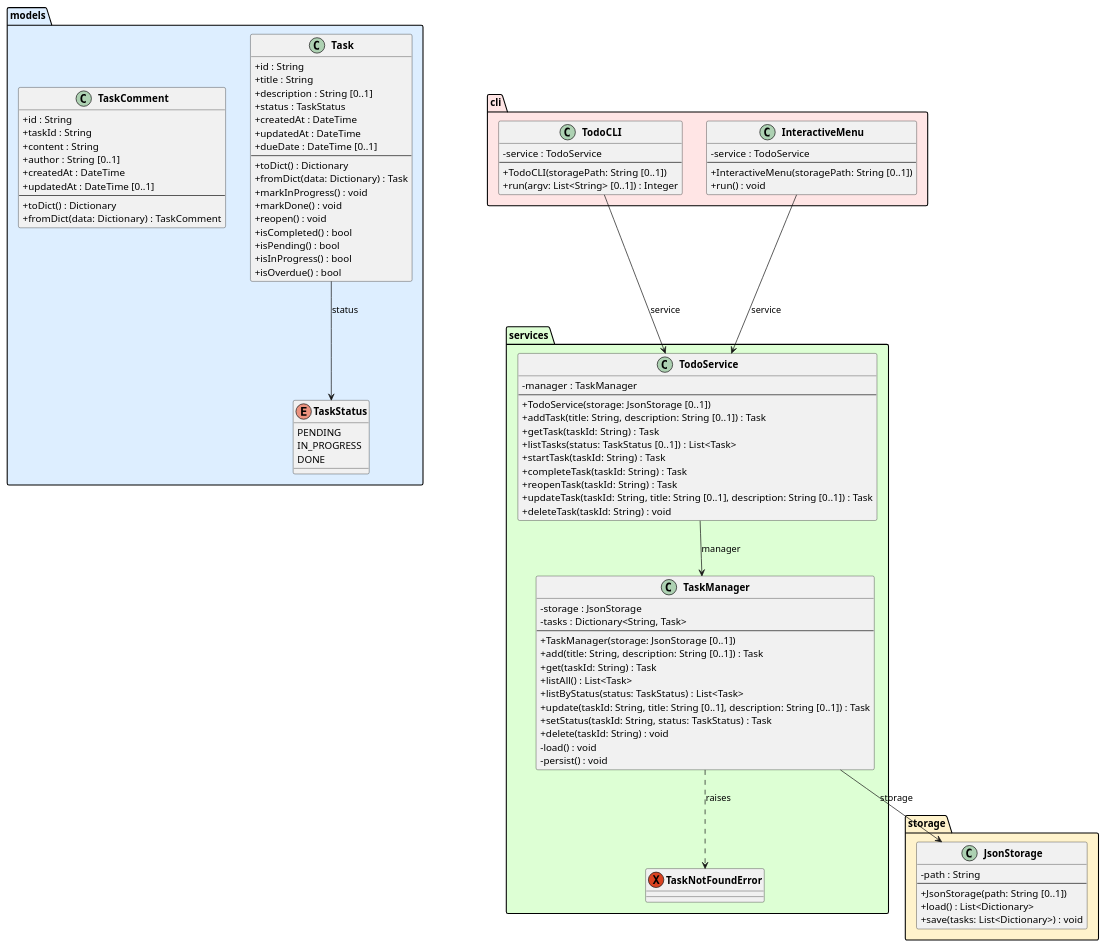
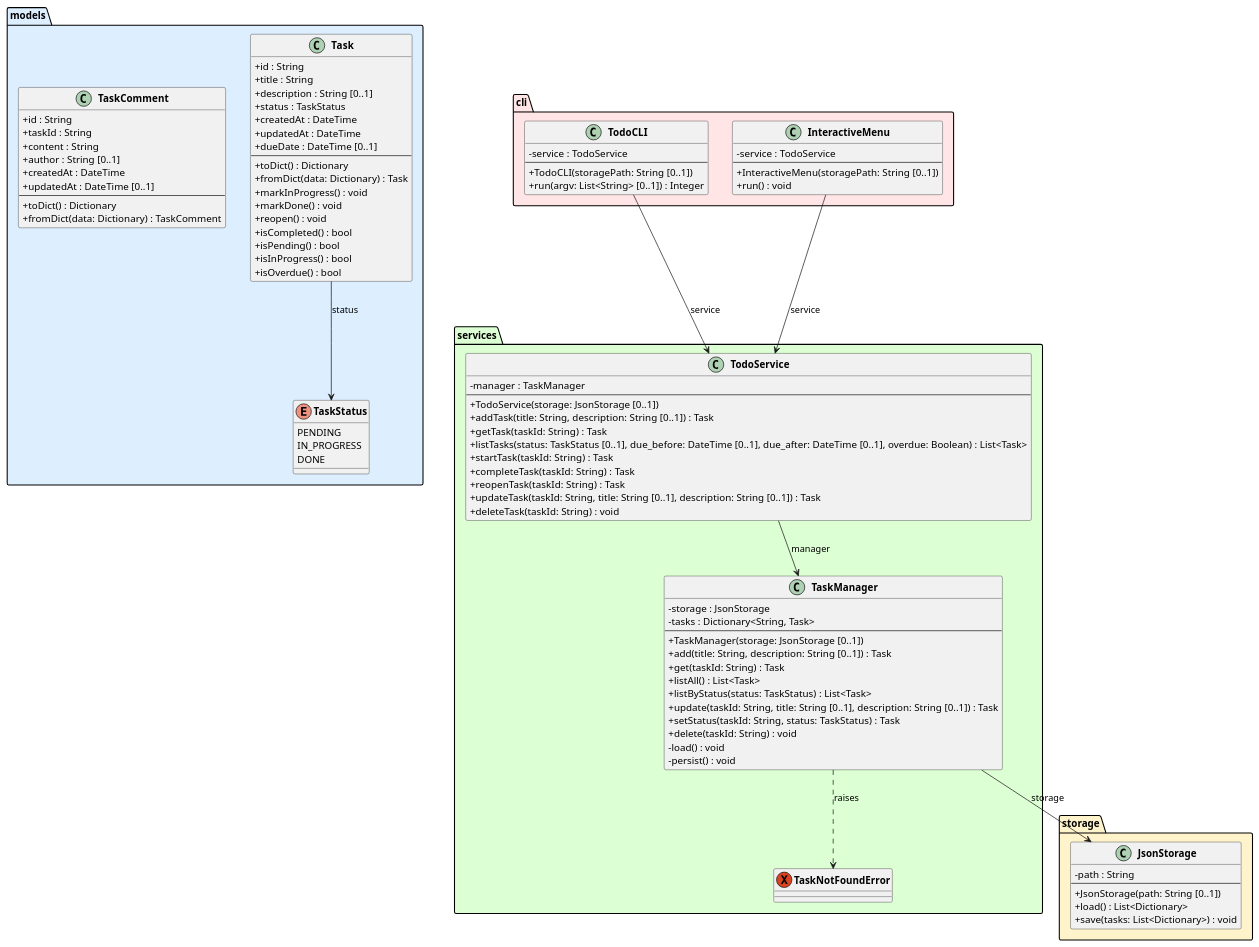
The diagram in experiments/broadcast/test_driven/TODO/artifacts/class_diagram.puml (DanielRiha8906/Software_autoevolution_using_agents), drawn with PlantUML before and after one commit. The commit also changed 4 other files, not shown here.

```diff
--- a/experiments/broadcast/test_driven/TODO/artifacts/class_diagram.puml
+++ b/experiments/broadcast/test_driven/TODO/artifacts/class_diagram.puml
@@ -1,113 +1,113 @@
 @startuml class_diagram
 
 skinparam classAttributeIconSize 0
 skinparam classFontStyle bold
 
 package "models" #DDEEFF {
     enum TaskStatus {
         PENDING
         IN_PROGRESS
         DONE
     }
 
     class Task {
         +id : String
         +title : String
         +description : String [0..1]
         +status : TaskStatus
         +createdAt : DateTime
         +updatedAt : DateTime
         +dueDate : DateTime [0..1]
         --
         +toDict() : Dictionary
         +fromDict(data: Dictionary) : Task
         +markInProgress() : void
         +markDone() : void
         +reopen() : void
         +isCompleted() : bool
         +isPending() : bool
         +isInProgress() : bool
         +isOverdue() : bool
     }
 
     class TaskComment {
         +id : String
         +taskId : String
         +content : String
         +author : String [0..1]
         +createdAt : DateTime
         +updatedAt : DateTime [0..1]
         --
         +toDict() : Dictionary
         +fromDict(data: Dictionary) : TaskComment
     }
 }
 
 package "storage" #FFF3CC {
     class JsonStorage {
         -path : String
         --
         +JsonStorage(path: String [0..1])
         +load() : List<Dictionary>
         +save(tasks: List<Dictionary>) : void
     }
 }
 
 package "services" #DDFFD4 {
     exception TaskNotFoundError
 
     class TaskManager {
         -storage : JsonStorage
         -tasks : Dictionary<String, Task>
         --
         +TaskManager(storage: JsonStorage [0..1])
         +add(title: String, description: String [0..1]) : Task
         +get(taskId: String) : Task
         +listAll() : List<Task>
         +listByStatus(status: TaskStatus) : List<Task>
         +update(taskId: String, title: String [0..1], description: String [0..1]) : Task
         +setStatus(taskId: String, status: TaskStatus) : Task
         +delete(taskId: String) : void
         -load() : void
         -persist() : void
     }
 
     class TodoService {
         -manager : TaskManager
         --
         +TodoService(storage: JsonStorage [0..1])
         +addTask(title: String, description: String [0..1]) : Task
         +getTask(taskId: String) : Task
-        +listTasks(status: TaskStatus [0..1]) : List<Task>
+        +listTasks(status: TaskStatus [0..1], due_before: DateTime [0..1], due_after: DateTime [0..1], overdue: Boolean) : List<Task>
         +startTask(taskId: String) : Task
         +completeTask(taskId: String) : Task
         +reopenTask(taskId: String) : Task
         +updateTask(taskId: String, title: String [0..1], description: String [0..1]) : Task
         +deleteTask(taskId: String) : void
     }
 }
 
 package "cli" #FFE5E5 {
     class TodoCLI {
         -service : TodoService
         --
         +TodoCLI(storagePath: String [0..1])
         +run(argv: List<String> [0..1]) : Integer
     }
 
     class InteractiveMenu {
         -service : TodoService
         --
         +InteractiveMenu(storagePath: String [0..1])
         +run() : void
     }
 }
 
 Task --> TaskStatus : status
 TaskManager --> JsonStorage : storage
 TaskManager ..> TaskNotFoundError : raises
 TodoService --> TaskManager : manager
 TodoCLI --> TodoService : service
 InteractiveMenu --> TodoService : service
 
 @enduml
```
